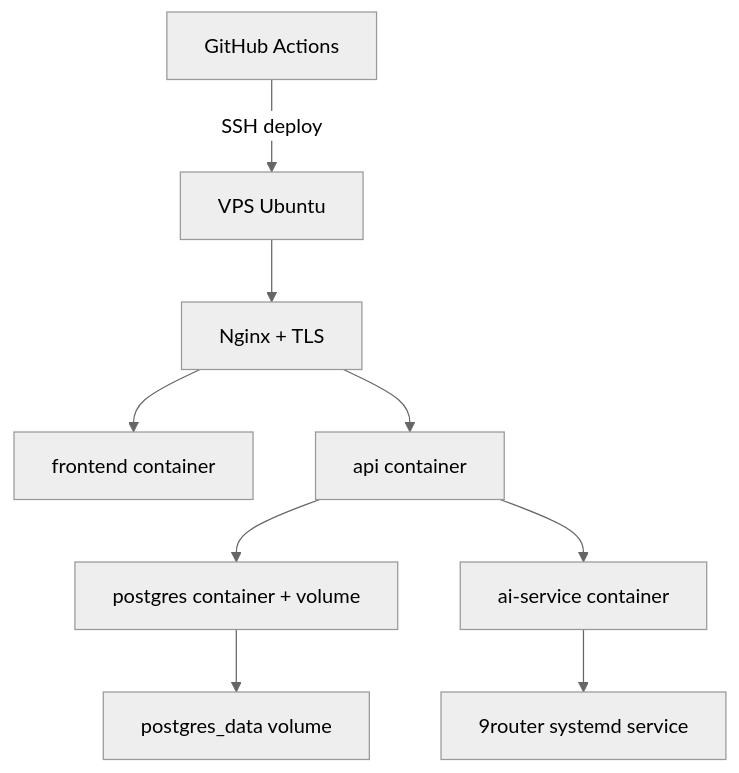
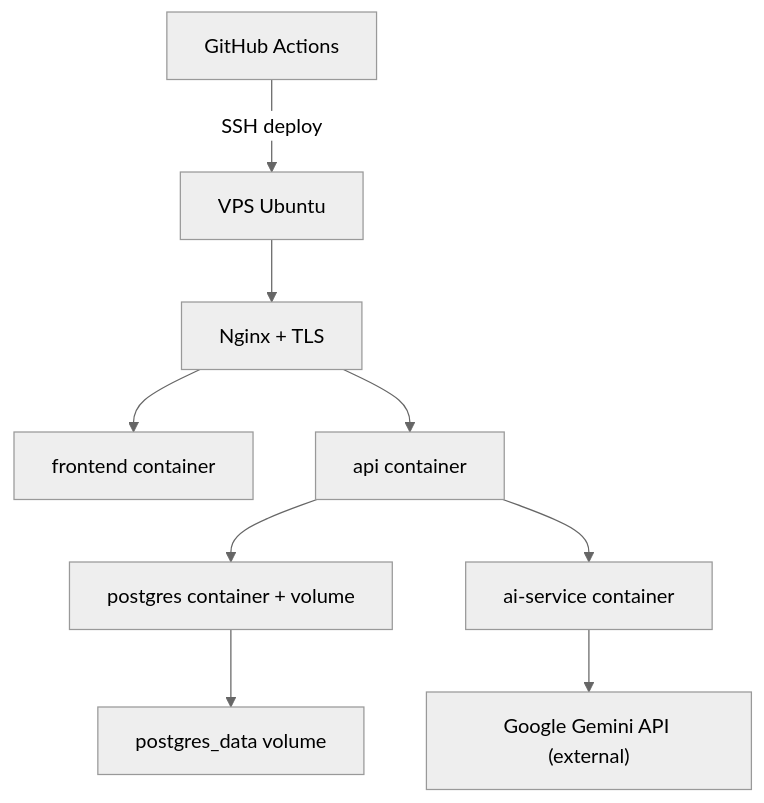
Before and after one commit to Anpham120/restaurant-qr-ai-ordering: diagram 13 of 13 in docs/BA_SA_SYSTEM_DESIGN.md, drawn with Mermaid (neutral theme). The commit also changed other lines of this file and 16 other files, not shown here.

````diff
--- a/docs/BA_SA_SYSTEM_DESIGN.md
+++ b/docs/BA_SA_SYSTEM_DESIGN.md
@@ -487,20 +487,20 @@
 ```mermaid
 flowchart TD
     GH["GitHub Actions"]
     VPS["VPS Ubuntu"]
     Nginx["Nginx + TLS"]
     FE["frontend container"]
     API["api container"]
     AI["ai-service container"]
     PG["postgres container + volume"]
-    R["9router systemd service"]
+    R["Google Gemini API (external)"]
 
     GH -->|SSH deploy| VPS
     VPS --> Nginx
     Nginx --> FE
     Nginx --> API
     API --> PG
     API --> AI
     AI --> R
     PG --> Volume["postgres_data volume"]
 ```
````
